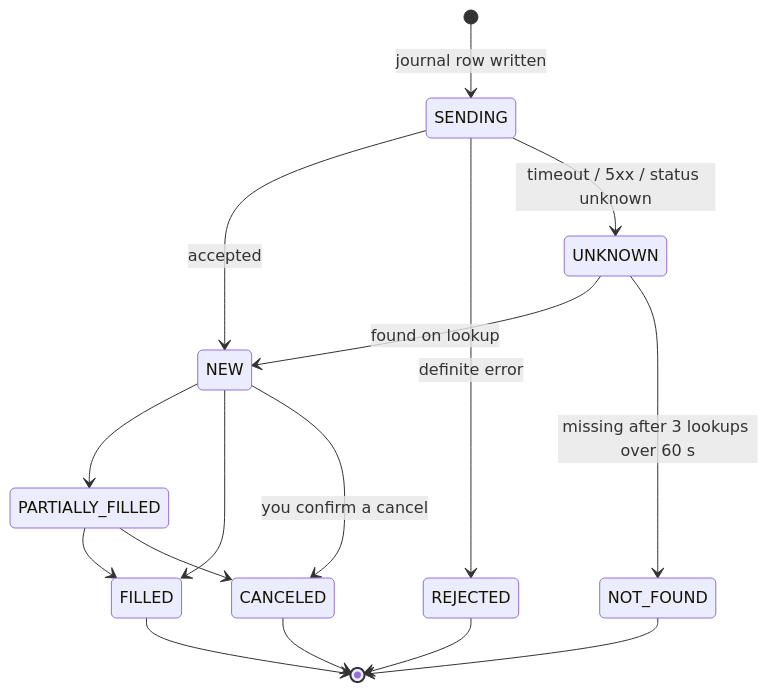
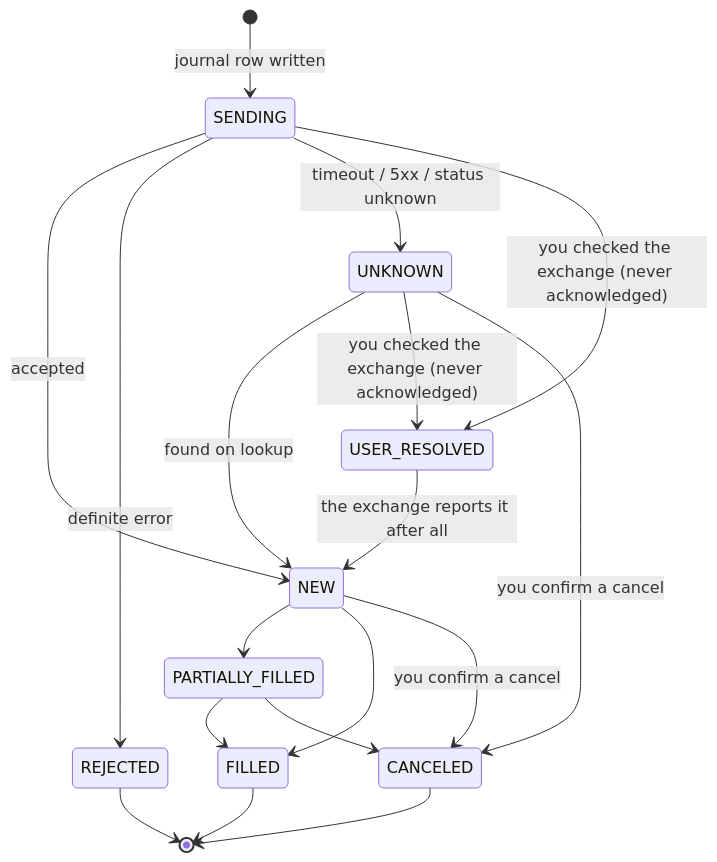
The sixth of 8 diagrams in README.md (XKeviNguyen/my-ai-trading), drawn with Mermaid before and after one commit. The commit also changed other lines of this file and 91 other files, not shown here.

````diff
--- a/README.md
+++ b/README.md
@@ -248,18 +248,20 @@
 ```mermaid
 stateDiagram-v2
     [*] --> SENDING: journal row written
     SENDING --> NEW: accepted
     SENDING --> REJECTED: definite error
     SENDING --> UNKNOWN: timeout / 5xx / status unknown
     UNKNOWN --> NEW: found on lookup
-    UNKNOWN --> NOT_FOUND: missing after 3 lookups over 60 s
+    SENDING --> USER_RESOLVED: you checked the exchange (never acknowledged)
+    UNKNOWN --> USER_RESOLVED: you checked the exchange (never acknowledged)
+    USER_RESOLVED --> NEW: the exchange reports it after all
     NEW --> PARTIALLY_FILLED
     PARTIALLY_FILLED --> FILLED
     NEW --> FILLED
     NEW --> CANCELED: you confirm a cancel
+    UNKNOWN --> CANCELED: you confirm a cancel
     PARTIALLY_FILLED --> CANCELED
     FILLED --> [*]
     CANCELED --> [*]
     REJECTED --> [*]
-    NOT_FOUND --> [*]
 ```
````
